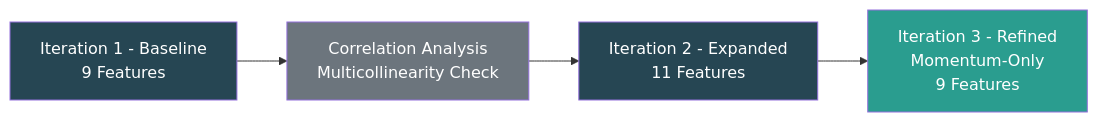
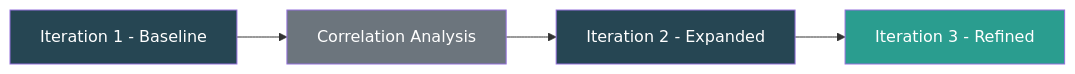
One commit to dennis-chumakov/dennis-chumakov.github.io changed the diagram in projects/list/ml-paper.qmd. Above: the diagram before and after it, drawn with Mermaid. The commit also changed 5 other files, not shown here.

Commit message:
small changes to text for Flowchart in ml-paper

````diff
--- a/projects/list/ml-paper.qmd
+++ b/projects/list/ml-paper.qmd
@@ -39,10 +39,10 @@
 ```{mermaid}
 flowchart LR
-    A[Iteration 1 - Baseline\n9 Features] --> B[Correlation Analysis\nMulticollinearity Check]
-    B --> C[Iteration 2 - Expanded\n11 Features]
-    C --> D[Iteration 3 - Refined\nMomentum-Only\n9 Features]
+    A[Iteration 1 - Baseline] --> B[Correlation Analysis]
+    B --> C[Iteration 2 - Expanded]
+    C --> D[Iteration 3 - Refined]
     style A fill:#264653,color:#fff
     style B fill:#6c757d,color:#fff
     style C fill:#264653,color:#fff
     style D fill:#2a9d8f,color:#fff
 ```
````
